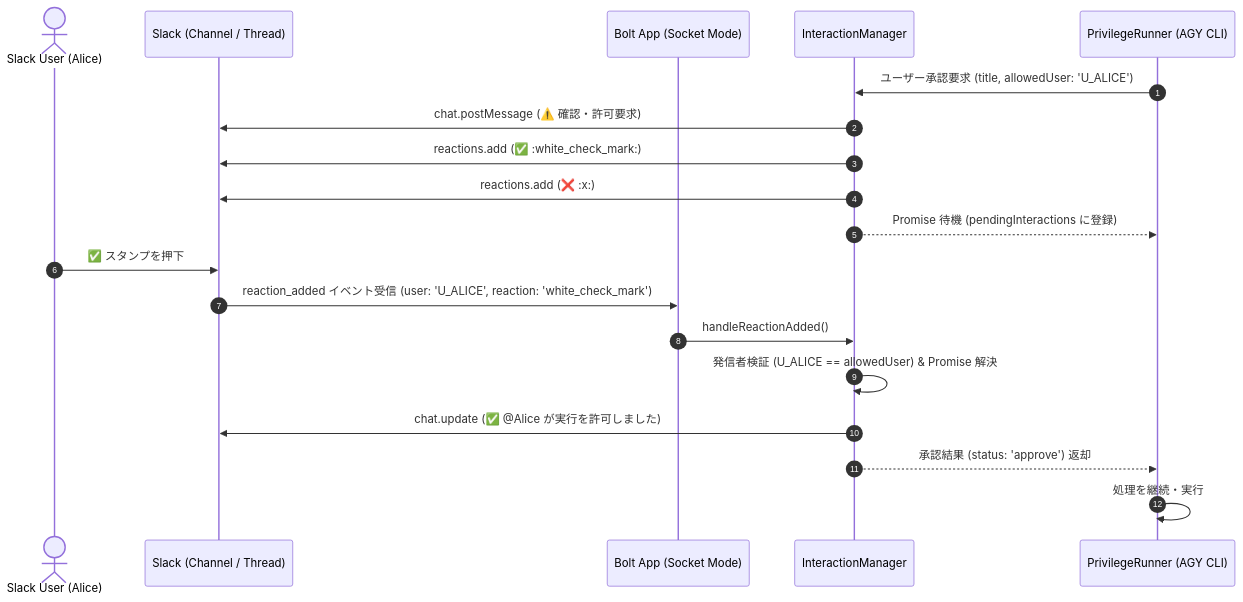
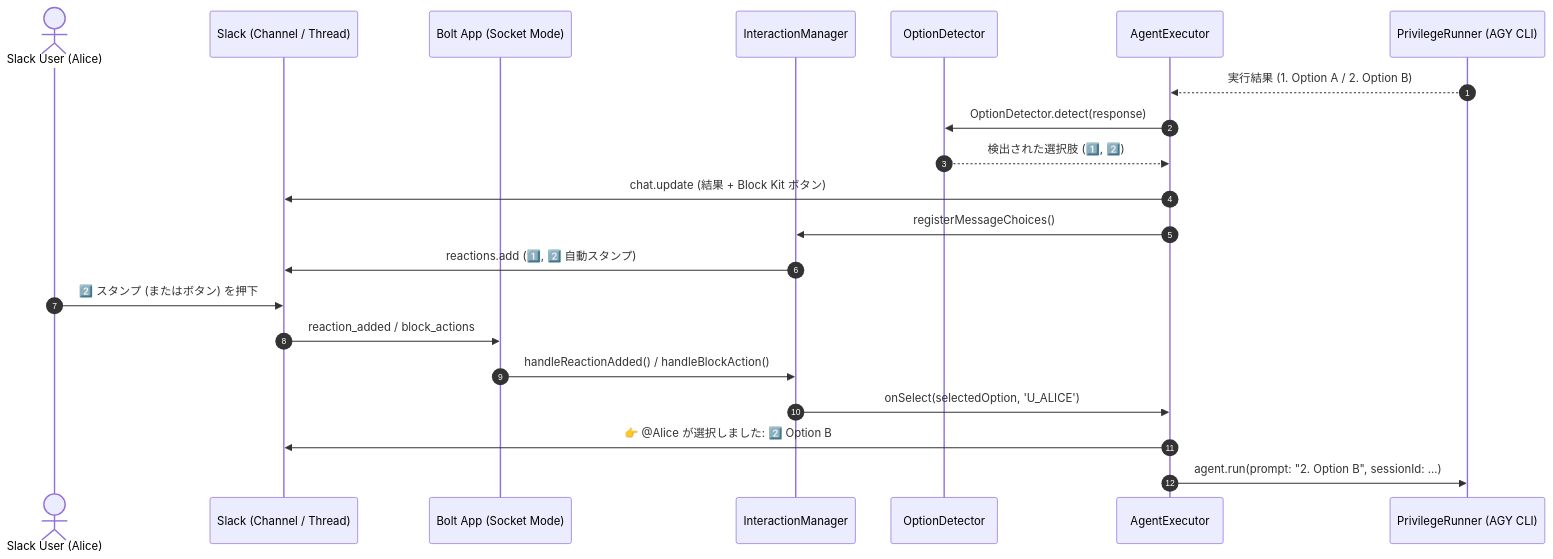
Before and after one commit to oharato/slack-agy: the fourth of 4 diagrams in docs/technical_design.md, drawn with Mermaid. The commit also changed other lines of this file and 15 other files, not shown here.

````diff
--- a/docs/technical_design.md
+++ b/docs/technical_design.md
@@ -413,23 +413,25 @@
 ```mermaid
 sequenceDiagram
     autonumber
     actor Alice as Slack User (Alice)
     participant Slack as Slack (Channel / Thread)
     participant Bolt as Bolt App (Socket Mode)
     participant IM as InteractionManager
+    participant OD as OptionDetector
+    participant Ex as AgentExecutor
     participant AGY as PrivilegeRunner (AGY CLI)
 
-    AGY->>IM: ユーザー承認要求 (title, allowedUser: 'U_ALICE')
-    IM->>Slack: chat.postMessage (⚠️ 確認・許可要求)
-    IM->>Slack: reactions.add (✅ :white_check_mark:)
-    IM->>Slack: reactions.add (❌ :x:)
-    IM-->>AGY: Promise 待機 (pendingInteractions に登録)
+    AGY-->>Ex: 実行結果 (1. Option A / 2. Option B)
+    Ex->>OD: OptionDetector.detect(response)
+    OD-->>Ex: 検出された選択肢 (1️⃣, 2️⃣)
+    Ex->>Slack: chat.update (結果 + Block Kit ボタン)
+    Ex->>IM: registerMessageChoices()
+    IM->>Slack: reactions.add (1️⃣, 2️⃣ 自動スタンプ)
 
-    Alice->>Slack: ✅ スタンプを押下
-    Slack->>Bolt: reaction_added イベント受信 (user: 'U_ALICE', reaction: 'white_check_mark')
-    Bolt->>IM: handleReactionAdded()
-    IM->>IM: 発信者検証 (U_ALICE == allowedUser) & Promise 解決
-    IM->>Slack: chat.update (✅ @Alice が実行を許可しました)
-    IM-->>AGY: 承認結果 (status: 'approve') 返却
-    AGY->>AGY: 処理を継続・実行
+    Alice->>Slack: 2️⃣ スタンプ (またはボタン) を押下
+    Slack->>Bolt: reaction_added / block_actions
+    Bolt->>IM: handleReactionAdded() / handleBlockAction()
+    IM->>Ex: onSelect(selectedOption, 'U_ALICE')
+    Ex->>Slack: 👉 @Alice が選択しました: 2️⃣ Option B
+    Ex->>AGY: agent.run(prompt: "2. Option B", sessionId: ...)
 ```
````
